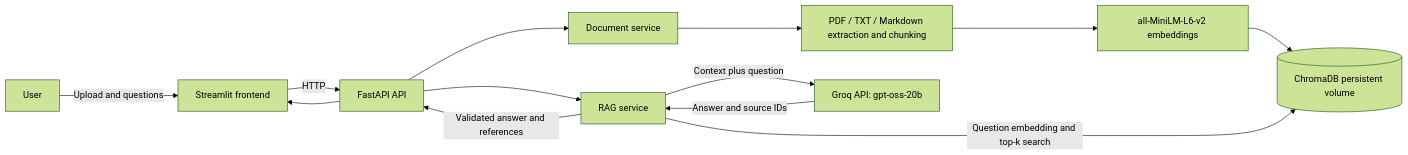
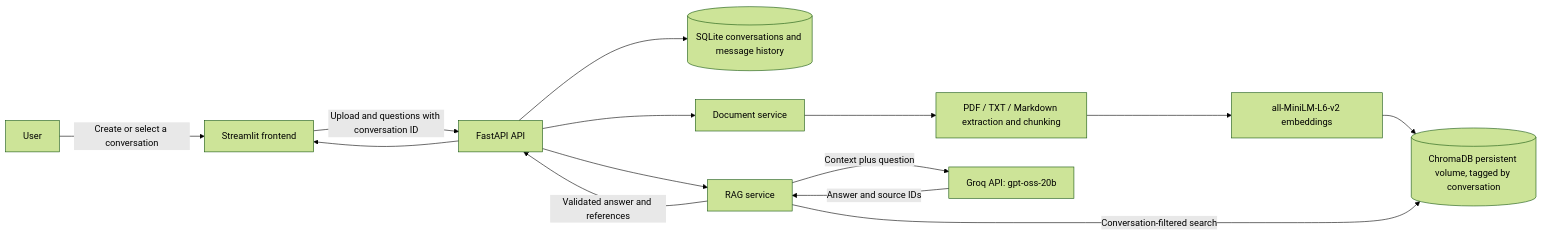
One commit to Oumhella/smartdocs-rag changed the diagram in docs/architecture.md. Above: the diagram before and after it, drawn with Mermaid (forest theme). The commit also changed other lines of this file and 9 other files, not shown here.

````diff
--- a/docs/architecture.md
+++ b/docs/architecture.md
@@ -3,15 +3,16 @@
 ```mermaid
 flowchart LR
-    User[User] -->|Upload and questions| UI[Streamlit frontend]
-    UI -->|HTTP| API[FastAPI API]
+    User[User] -->|Create or select a conversation| UI[Streamlit frontend]
+    UI -->|Upload and questions with conversation ID| API[FastAPI API]
+    API --> SESSIONS[(SQLite conversations and message history)]
     API --> DOC[Document service]
     DOC --> ING[PDF / TXT / Markdown extraction and chunking]
     ING --> EMB[all-MiniLM-L6-v2 embeddings]
-    EMB --> CHROMA[(ChromaDB persistent volume)]
+    EMB --> CHROMA[(ChromaDB persistent volume, tagged by conversation)]
     API --> RAG[RAG service]
-    RAG -->|Question embedding and top-k search| CHROMA
+    RAG -->|Conversation-filtered search| CHROMA
     RAG -->|Context plus question| GROQ[Groq API: gpt-oss-20b]
     GROQ -->|Answer and source IDs| RAG
     RAG -->|Validated answer and references| API
     API --> UI
 ```
````
